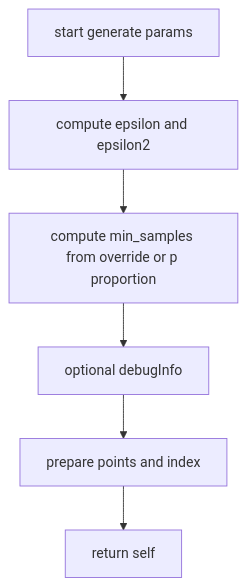
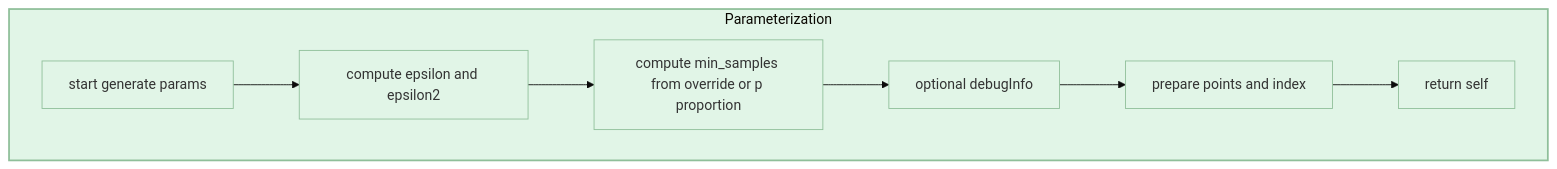
Before and after one commit to Gh0st352/AETHR: the fourth of 12 diagrams in docs/ai/dbscan.md, drawn with Mermaid. The commit also changed other lines of this file and 2 other files, not shown here.

Commit message:
docs: enhance diagrams in README, data_structures, and dbscan with subgraphs, improved styles, and readability adjustments

````diff
--- a/docs/ai/dbscan.md
+++ b/docs/ai/dbscan.md
@@ -49,8 +84,16 @@
 ```mermaid
+%%{init: {"theme":"base"}}%%
 flowchart TD
-  G0[start generate params] --> G1[compute epsilon and epsilon2]
-  G1 --> G2[compute min_samples from override or p proportion]
-  G2 --> G3[optional debugInfo]
-  G3 --> G4[prepare points and index]
-  G4 --> G5[return self]
+  subgraph PARAM [Parameterization]
+    style PARAM fill:#e1f5e7,stroke:#8fbf9a,stroke-width:2px
+    G0[start generate params]
+    G1[compute epsilon and epsilon2]
+    G2[compute min_samples from override or p proportion]
+    G3[optional debugInfo]
+    G4[prepare points and index]
+    G5[return self]
+    G0 --> G1 --> G2 --> G3 --> G4 --> G5
+  end
+  classDef param fill:#e1f5e7,stroke:#8fbf9a
+  class G0,G1,G2,G3,G4,G5 param
 ```
````
